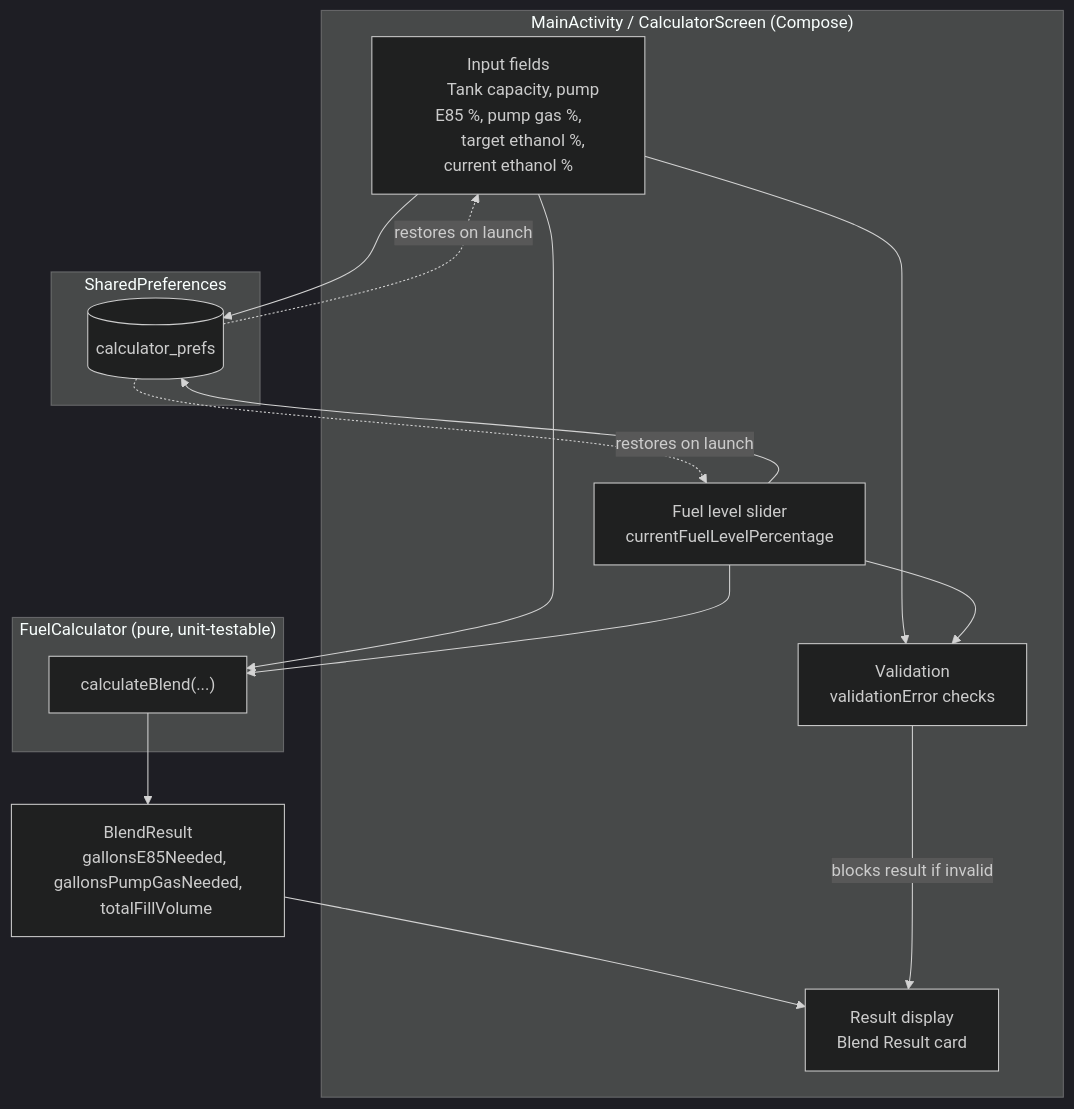
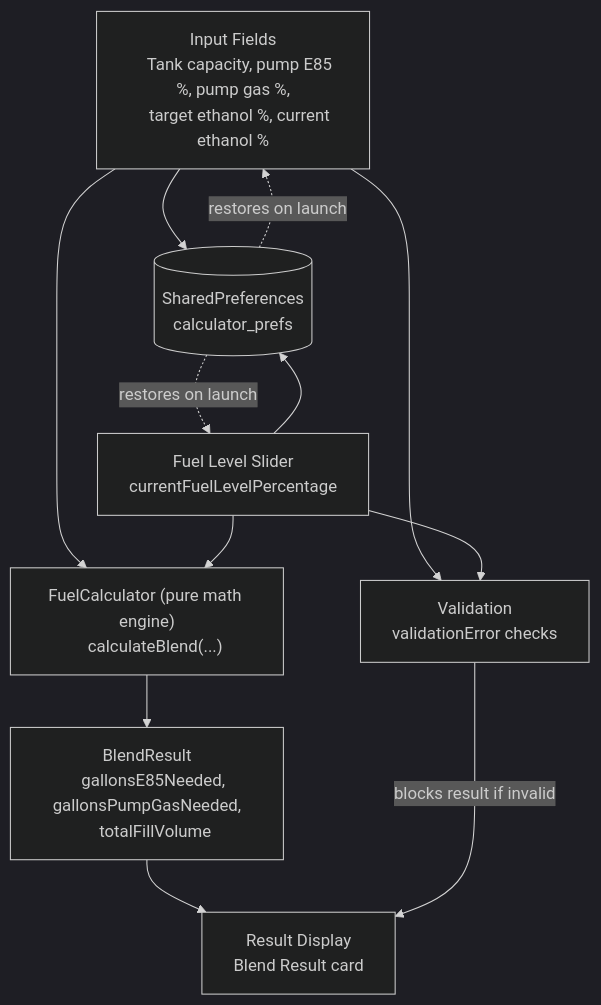
Before and after one commit to alexisbailon1/e85-calculator: the diagram in README.md, drawn with Mermaid (dark theme).

Commit message:
docs: fixed flowchart in readme

````diff
--- a/README.md
+++ b/README.md
@@ -89,37 +89,39 @@
 ```mermaid
 flowchart TD
-    subgraph UI["MainActivity / CalculatorScreen (Compose)"]
-        A["Input fields
-        Tank capacity, pump E85 %, pump gas %,
-        target ethanol %, current ethanol %"]
-        B["Fuel level slider
-        currentFuelLevelPercentage"]
-        C["Validation
-        validationError checks"]
-        D["Result display
-        Blend Result card"]
-    end
+    %% UI / Compose Layer
+    A["Input Fields
+    Tank capacity, pump E85 %, pump gas %,
+    target ethanol %, current ethanol %"]
+    B["Fuel Level Slider
+    currentFuelLevelPercentage"]
+    C["Validation
+    validationError checks"]
+    D["Result Display
+    Blend Result card"]
 
-    subgraph Persistence["SharedPreferences"]
-        P[("calculator_prefs")]
-    end
+    %% Persistence Layer
+    P[("SharedPreferences
+    calculator_prefs")]
 
-    subgraph Core["FuelCalculator (pure, unit-testable)"]
-        F["calculateBlend(...)"]
-    end
+    %% Core Math Layer
+    F["FuelCalculator (pure math engine)
+    calculateBlend(...)"]
+    R["BlendResult
+    gallonsE85Needed, gallonsPumpGasNeeded,
+    totalFillVolume"]
 
+    %% Data Flow & Connections
     A --> P
     B --> P
     P -. restores on launch .-> A
     P -. restores on launch .-> B
 
     A --> F
     B --> F
-    F --> R["BlendResult
-    gallonsE85Needed, gallonsPumpGasNeeded,
-    totalFillVolume"]
+    F --> R
     R --> D
+    
     A --> C
     B --> C
     C -->|blocks result if invalid| D
 ```
````
